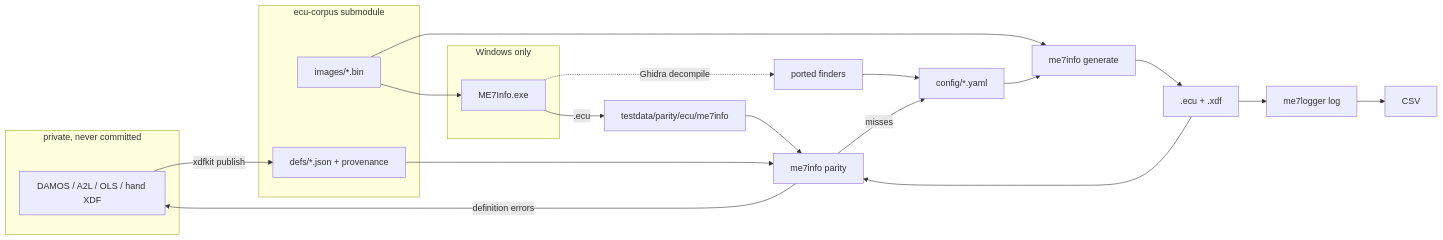
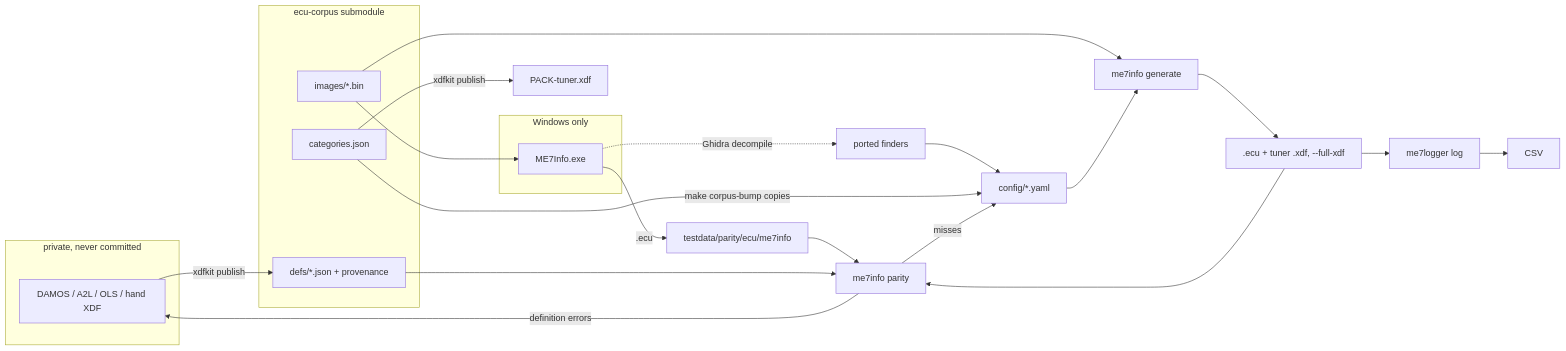
One commit to nyetlabs/me7-logger changed the diagram in DEVELOPER.md. Above: the diagram before and after it, drawn with Mermaid. The commit also changed other lines of this file and 18 other files, not shown here.

First line of the commit message:
feat: tuner and full XDFs, rename tuner list

````diff
--- a/DEVELOPER.md
+++ b/DEVELOPER.md
@@ -5,26 +5,29 @@
 ```mermaid
 flowchart LR
   subgraph priv[private, never committed]
     src[DAMOS / A2L / OLS / hand XDF]
   end
   subgraph corpus[ecu-corpus submodule]
     bin[images/*.bin]
     def[defs/*.json + provenance]
+    cats[categories.json]
   end
   subgraph win[Windows only]
     exe[ME7Info.exe]
   end
   src -->|xdfkit publish| def
   bin --> exe -->|.ecu| oracle[testdata/parity/ecu/me7info]
   exe -.->|Ghidra decompile| port[ported finders]
   port --> cfg[config/*.yaml]
   bin --> gen[me7info generate]
   cfg --> gen
-  gen --> out[.ecu + .xdf]
+  cats -->|make corpus-bump copies| cfg
+  cats -->|xdfkit publish| tuner[PACK-tuner.xdf]
+  gen --> out[.ecu + tuner .xdf, --full-xdf]
   out --> log[me7logger log] --> csv[CSV]
   out --> par[me7info parity]
   oracle --> par
   def --> par
   par -->|misses| cfg
   par -->|definition errors| src
 ```
````
